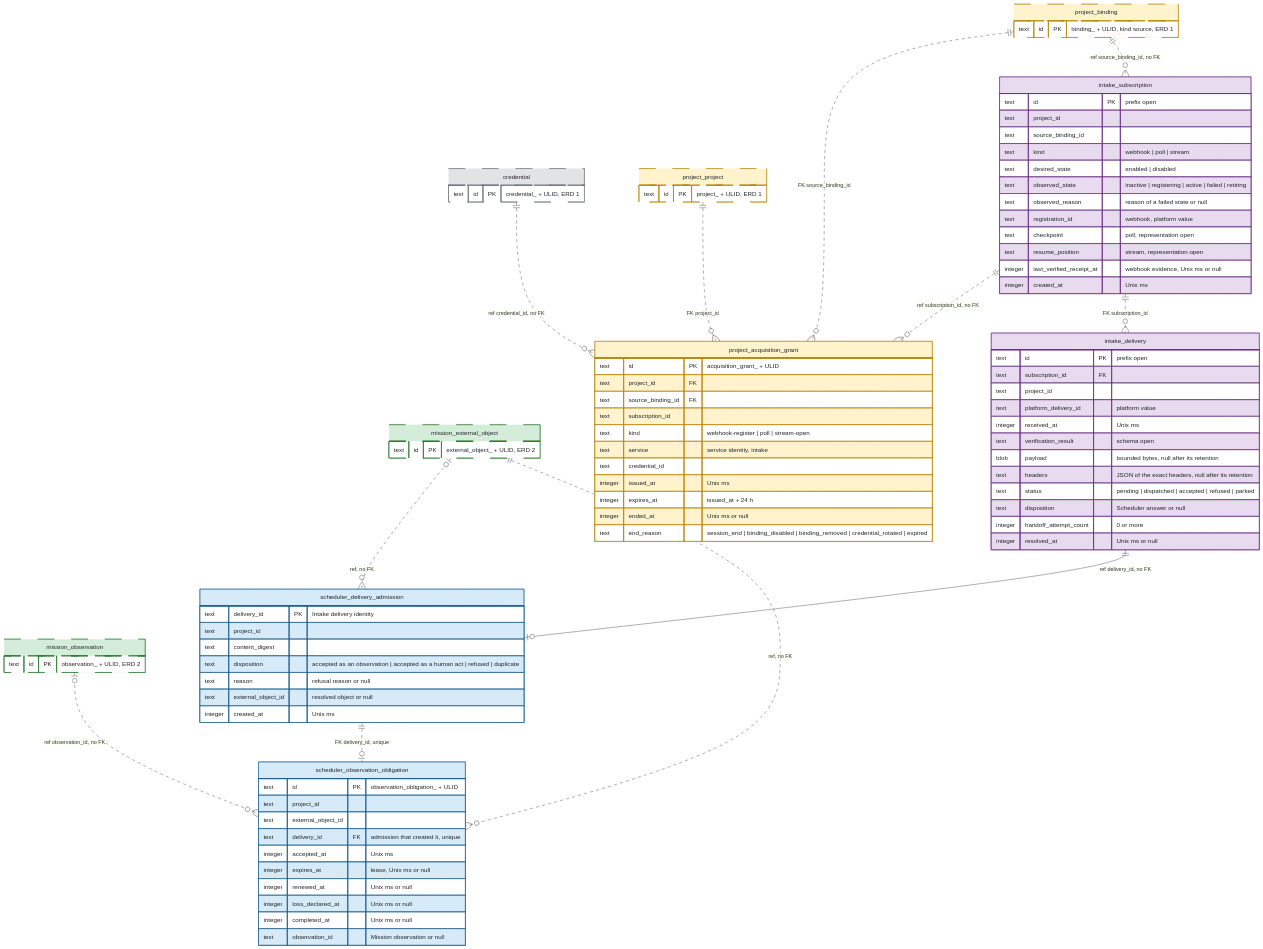
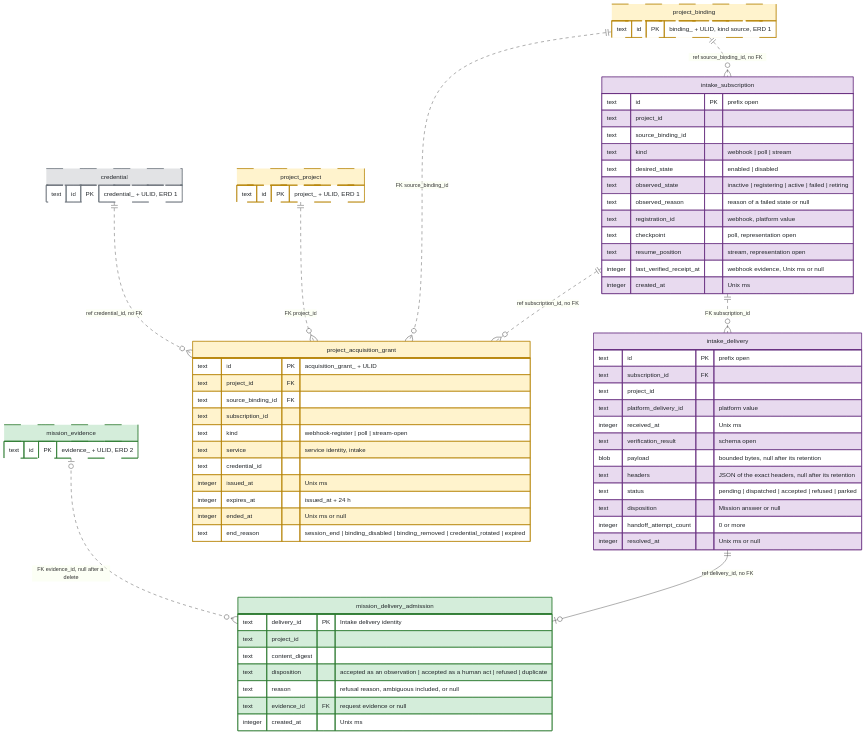
One commit to kanthorlabs/kanthord changed the diagram in docs/reference/erd/03-integration.md. Above: the diagram before and after it, drawn with Mermaid. The commit also changed other lines of this file and 2 other files, not shown here.

Commit message:
docs(erd): replace the external object and the observation with evidence assets and move delivery admission to the Mission Service

````diff
--- a/docs/reference/erd/03-integration.md
+++ b/docs/reference/erd/03-integration.md
@@ -40,11 +40,8 @@
     project_binding {
         text id PK "binding_ + ULID, kind source, ERD 1"
     }
-    mission_external_object {
-        text id PK "external_object_ + ULID, ERD 2"
-    }
-    mission_observation {
-        text id PK "observation_ + ULID, ERD 2"
+    mission_evidence {
+        text id PK "evidence_ + ULID, ERD 2"
     }
 
     project_acquisition_grant {
@@ -86,32 +83,19 @@
         blob payload "bounded bytes, null after its retention"
         text headers "JSON of the exact headers, null after its retention"
         text status "pending | dispatched | accepted | refused | parked"
-        text disposition "Scheduler answer or null"
+        text disposition "Mission answer or null"
         integer handoff_attempt_count "0 or more"
         integer resolved_at "Unix ms or null"
     }
 
-    scheduler_delivery_admission {
+    mission_delivery_admission {
         text delivery_id PK "Intake delivery identity"
         text project_id
         text content_digest
         text disposition "accepted as an observation | accepted as a human act | refused | duplicate"
-        text reason "refusal reason or null"
-        text external_object_id "resolved object or null"
+        text reason "refusal reason, ambiguous included, or null"
+        text evidence_id FK "request evidence or null"
         integer created_at "Unix ms"
-    }
-
-    scheduler_observation_obligation {
-        text id PK "observation_obligation_ + ULID"
-        text project_id
-        text external_object_id
-        text delivery_id FK "admission that created it, unique"
-        integer accepted_at "Unix ms"
-        integer expires_at "lease, Unix ms or null"
-        integer renewed_at "Unix ms or null"
-        integer loss_declared_at "Unix ms or null"
-        integer completed_at "Unix ms or null"
-        text observation_id "Mission observation or null"
     }
 
     project_project ||..o{ project_acquisition_grant : "FK project_id"
@@ -122,23 +106,18 @@
     project_binding ||..o{ intake_subscription : "ref source_binding_id, no FK"
     intake_subscription ||..o{ intake_delivery : "FK subscription_id"
 
-    intake_delivery ||--o| scheduler_delivery_admission : "ref delivery_id, no FK"
-    scheduler_delivery_admission ||..o| scheduler_observation_obligation : "FK delivery_id, unique"
-    mission_external_object |o..o{ scheduler_delivery_admission : "ref, no FK"
-    mission_external_object ||..o{ scheduler_observation_obligation : "ref, no FK"
-    mission_observation |o..o{ scheduler_observation_obligation : "ref observation_id, no FK"
+    intake_delivery ||--o| mission_delivery_admission : "ref delivery_id, no FK"
+    mission_evidence |o..o{ mission_delivery_admission : "FK evidence_id, null after a delete"
 
     classDef custody fill:#e2e3e5,stroke:#6c757d,color:#212529
     classDef project fill:#fff3cd,stroke:#b8860b,color:#212529
     classDef mission fill:#d4edda,stroke:#2e7d32,color:#212529
-    classDef scheduler fill:#d6eaf8,stroke:#1f618d,color:#212529
     classDef intake fill:#e8daef,stroke:#6c3483,color:#212529
     classDef stub stroke-dasharray:4 3
 
     class credential custody
     class project_project,project_binding,project_acquisition_grant project
-    class mission_external_object,mission_observation mission
-    class credential,project_project,project_binding,mission_external_object,mission_observation stub
+    class mission_evidence,mission_delivery_admission mission
+    class credential,project_project,project_binding,mission_evidence stub
     class intake_subscription,intake_delivery intake
-    class scheduler_delivery_admission,scheduler_observation_obligation scheduler
 ```
````
